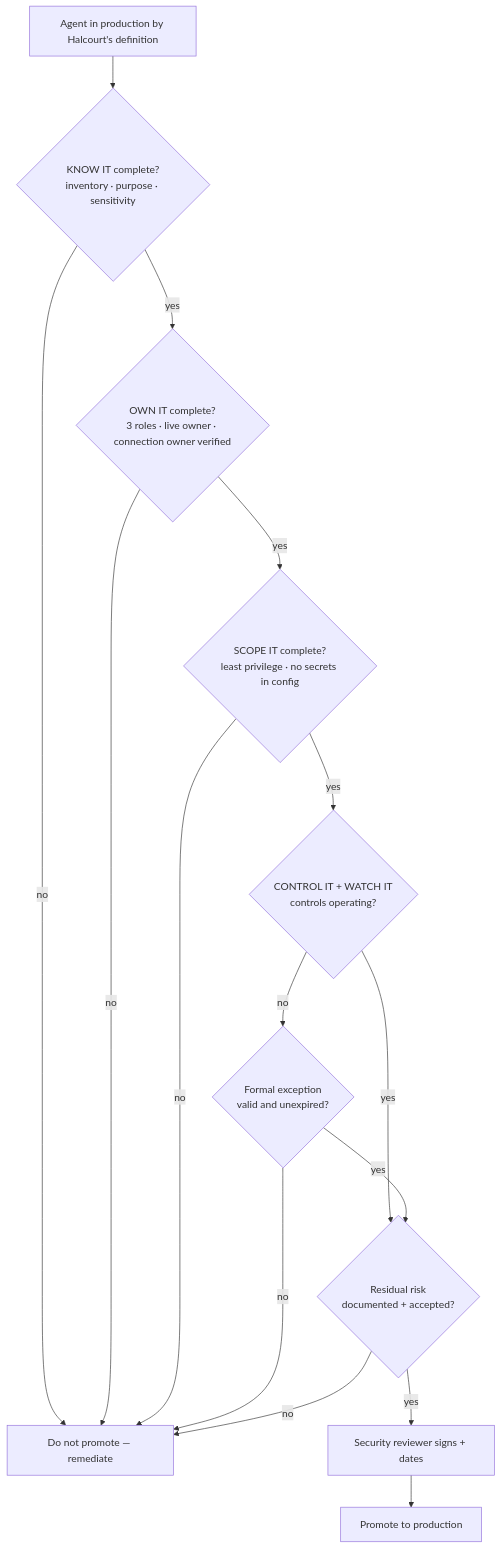
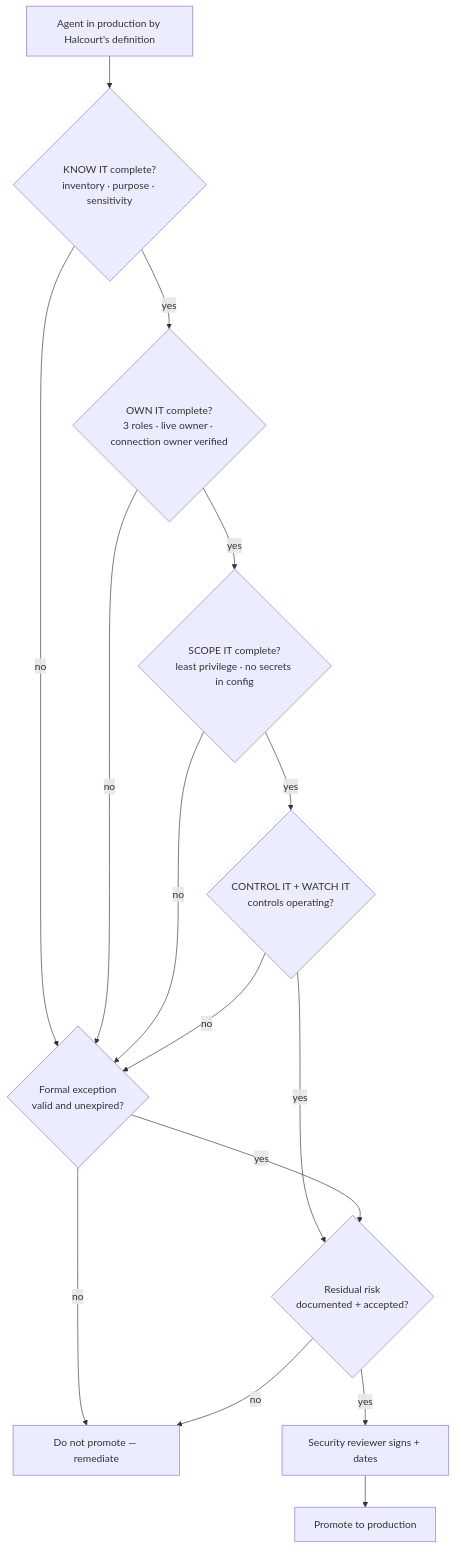
The diagram in docs/06_security_baseline/06_01.md (solliancenet/copilot-studio-shadow-agents-workshop), drawn with Mermaid before and after one commit. The commit also changed other lines of this file and 1 other file, not shown here.

Commit message:
Exercise 06 review: exception check on every failed stage in both gate diagrams, compensating control actually in place, approver isn't the owner, one rule for all-MISSES failures, Team Wiki classified from its grounding

````diff
--- a/docs/06_security_baseline/06_01.md
+++ b/docs/06_security_baseline/06_01.md
@@ -37,17 +37,17 @@
 ```mermaid
 flowchart TD
   A["Agent in production by Halcourt's definition"] --> K{"KNOW IT complete?<br/>inventory · purpose · sensitivity"}
-  K -->|no| X["Do not promote — remediate"]
+  K -->|no| E
   K -->|yes| O{"OWN IT complete?<br/>3 roles · live owner · connection owner verified"}
-  O -->|no| X
+  O -->|no| E
   O -->|yes| S{"SCOPE IT complete?<br/>least privilege · no secrets in config"}
-  S -->|no| X
+  S -->|no| E
   S -->|yes| C{"CONTROL IT + WATCH IT<br/>controls operating?"}
   C -->|yes| R{"Residual risk<br/>documented + accepted?"}
   C -->|no| E{"Formal exception<br/>valid and unexpired?"}
-  E -->|no| X
+  E -->|no| X["Do not promote — remediate"]
   E -->|yes| R
   R -->|no| X
   R -->|yes| G["Security reviewer signs + dates"]
   G --> P["Promote to production"]
 ```
````
